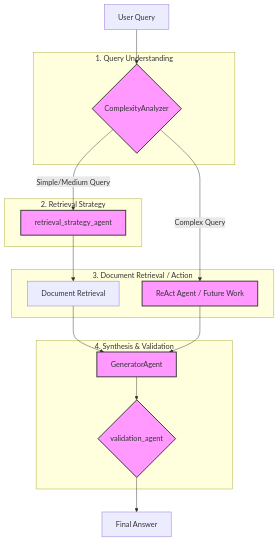
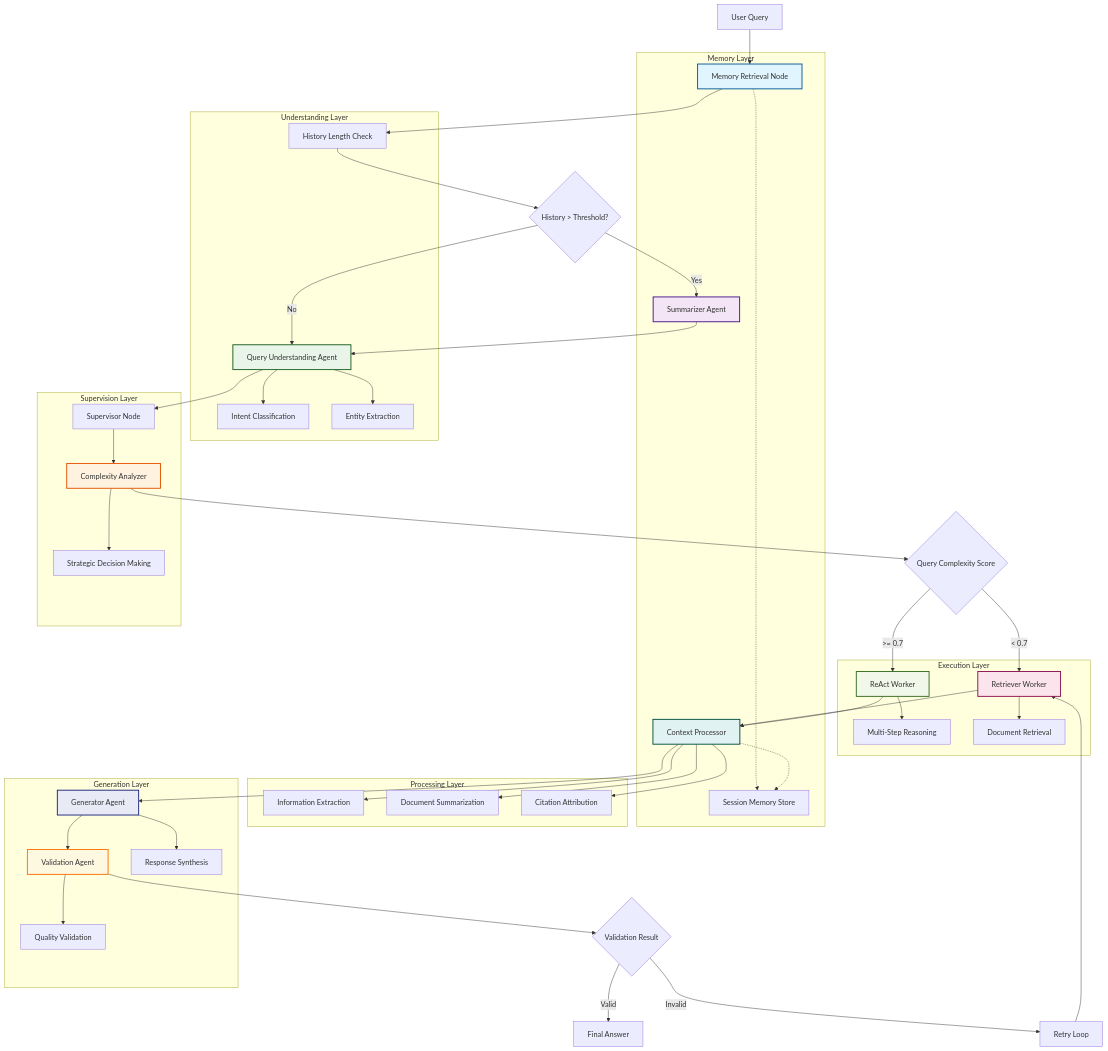
Before and after one commit to hungngodev/NEFAC-CHATBOT: the diagram in docs/CURRENT_AGENT_FLOW.md, drawn with Mermaid. The commit also changed other lines of this file and 2 other files, not shown here.

Commit message:
docs: comprehensive backend architecture revision and agent flow update

````diff
--- a/docs/CURRENT_AGENT_FLOW.md
+++ b/docs/CURRENT_AGENT_FLOW.md
@@ -7,35 +17,84 @@
 ```mermaid
 graph TD
-    A[User Query] --> B{ComplexityAnalyzer};
-    B -->|Simple/Medium Query| C[retrieval_strategy_agent];
-    B -->|Complex Query| D[ReAct Agent / Future Work];
-    C --> E[Document Retrieval];
-    E --> F[GeneratorAgent];
-    D --> F;
-    F --> G{validation_agent};
-    G --> H[Final Answer];
+    A[User Query] --> B[Memory Retrieval Node]
+    B --> C[History Length Check]
+    C --> D{History > Threshold?}
+    D -->|Yes| E[Summarizer Agent]
+    D -->|No| F[Query Understanding Agent]
+    E --> F
+    F --> G[Supervisor Node]
+    G --> H[Complexity Analyzer]
+    H --> I{Query Complexity Score}
+    I -->|< 0.7| J[Retriever Worker]
+    I -->|>= 0.7| K[ReAct Worker]
+    J --> L[Context Processor]
+    K --> L
+    L --> M[Generator Agent]
+    M --> N[Validation Agent]
+    N --> O{Validation Result}
+    O -->|Valid| P[Final Answer]
+    O -->|Invalid| Q[Retry Loop]
+    Q --> J
 
-    subgraph "1. Query Understanding"
+    subgraph "Memory Layer"
         B
+        E
+        R[Session Memory Store]
+        B -.-> R
+        L -.-> R
     end
 
-    subgraph "2. Retrieval Strategy"
+    subgraph "Understanding Layer"
         C
+        F
+        S[Intent Classification]
+        T[Entity Extraction]
+        F --> S
+        F --> T
     end
 
-    subgraph "3. Document Retrieval / Action"
-        D
-        E
+    subgraph "Supervision Layer"
+        G
+        H
+        U[Strategic Decision Making]
+        H --> U
     end
 
-    subgraph "4. Synthesis & Validation"
-        F
-        G
+    subgraph "Execution Layer"
+        J
+        K
+        V[Multi-Step Reasoning]
+        W[Document Retrieval]
+        K --> V
+        J --> W
     end
 
-    style B fill:#f9f,stroke:#333,stroke-width:2px
-    style C fill:#f9f,stroke:#333,stroke-width:2px
-    style D fill:#f9f,stroke:#333,stroke-width:2px
-    style F fill:#f9f,stroke:#333,stroke-width:2px
-    style G fill:#f9f,stroke:#333,stroke-width:2px
+    subgraph "Processing Layer"
+        L
+        X[Information Extraction]
+        Y[Document Summarization]
+        Z[Citation Attribution]
+        L --> X
+        L --> Y
+        L --> Z
+    end
+
+    subgraph "Generation Layer"
+        M
+        N
+        AA[Response Synthesis]
+        BB[Quality Validation]
+        M --> AA
+        N --> BB
+    end
+
+    style B fill:#e1f5fe,stroke:#01579b,stroke-width:2px
+    style E fill:#f3e5f5,stroke:#4a148c,stroke-width:2px
+    style F fill:#e8f5e8,stroke:#1b5e20,stroke-width:2px
+    style H fill:#fff3e0,stroke:#e65100,stroke-width:2px
+    style J fill:#fce4ec,stroke:#880e4f,stroke-width:2px
+    style K fill:#f1f8e9,stroke:#33691e,stroke-width:2px
+    style L fill:#e0f2f1,stroke:#004d40,stroke-width:2px
+    style M fill:#e8eaf6,stroke:#1a237e,stroke-width:2px
+    style N fill:#fff8e1,stroke:#ff6f00,stroke-width:2px
 ```
````
